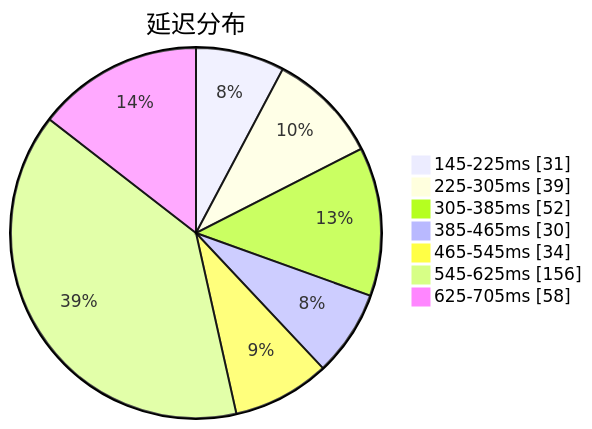
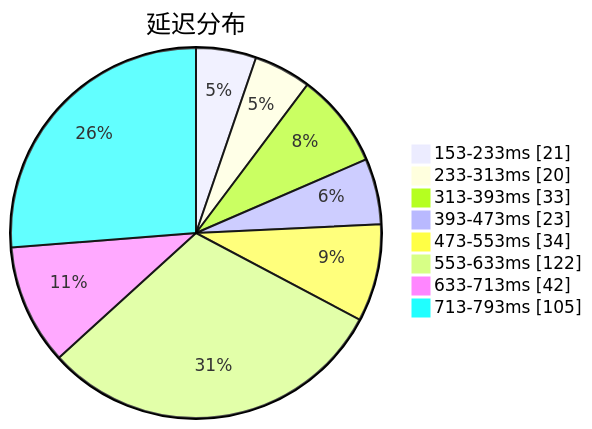
One commit to qjlxg/airport changed the first of 3 diagrams in subs/statistics/tested_within.md. Above: the diagram before and after it, drawn with Mermaid. The commit also changed other lines of this file and 2 other files, not shown here.

Commit message:
Tested by metaST

````diff
--- a/subs/statistics/tested_within.md
+++ b/subs/statistics/tested_within.md
@@ -2,11 +2,12 @@
 ```mermaid
 pie showData
 title 延迟分布
-"145-225ms" : 31
-"225-305ms" : 39
-"305-385ms" : 52
-"385-465ms" : 30
-"465-545ms" : 34
-"545-625ms" : 156
-"625-705ms" : 58
+"153-233ms" : 21
+"233-313ms" : 20
+"313-393ms" : 33
+"393-473ms" : 23
+"473-553ms" : 34
+"553-633ms" : 122
+"633-713ms" : 42
+"713-793ms" : 105
 ```
````
